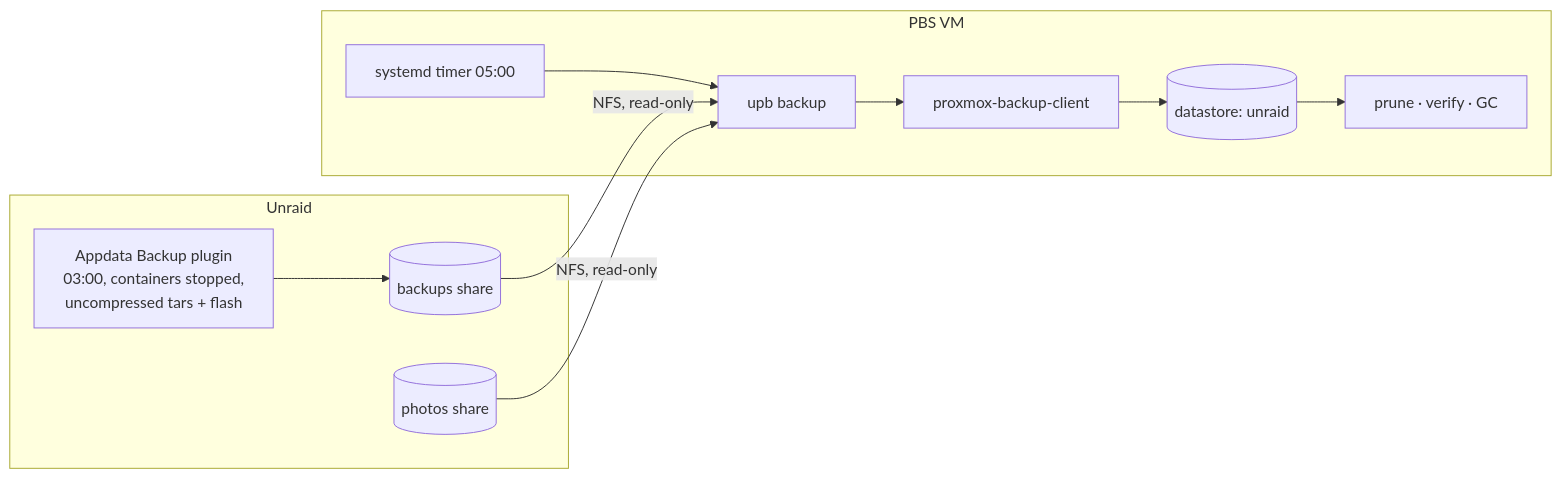
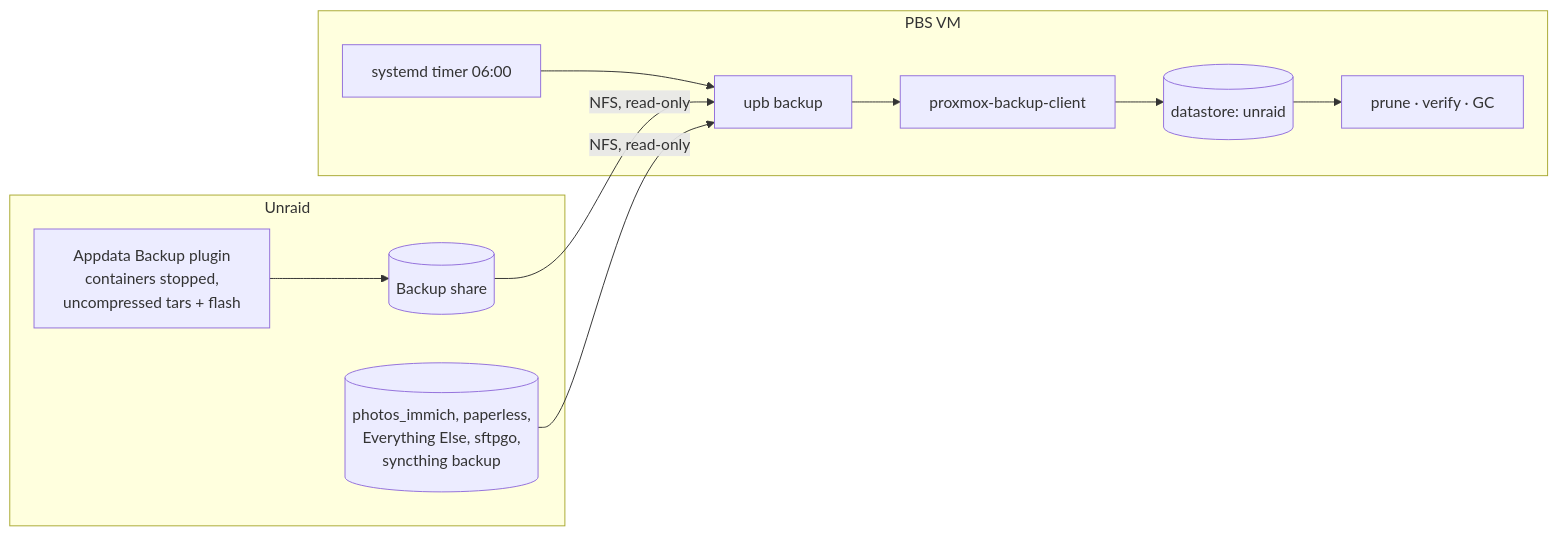
The diagram in README.md (nkskater/unraid-to-proxmox-backups), drawn with Mermaid before and after one commit. The commit also changed other lines of this file and 18 other files, not shown here.

````diff
--- a/README.md
+++ b/README.md
@@ -11,15 +11,15 @@
 ```mermaid
 flowchart LR
   subgraph Unraid
-    ab["Appdata Backup plugin<br/>03:00, containers stopped,<br/>uncompressed tars + flash"] --> share[("backups share")]
-    photos[("photos share")]
+    ab["Appdata Backup plugin<br/>containers stopped,<br/>uncompressed tars + flash"] --> share[("Backup share")]
+    shares[("photos_immich, paperless,<br/>Everything Else, sftpgo,<br/>syncthing backup")]
   end
   subgraph PBS["PBS VM"]
-    timer["systemd timer 05:00"] --> upb["upb backup"]
+    timer["systemd timer 06:00"] --> upb["upb backup"]
     upb --> client["proxmox-backup-client"]
     client --> ds[("datastore: unraid")]
     ds --> jobs["prune · verify · GC"]
   end
   share -- "NFS, read-only" --> upb
-  photos -- "NFS, read-only" --> upb
+  shares -- "NFS, read-only" --> upb
 ```
````
